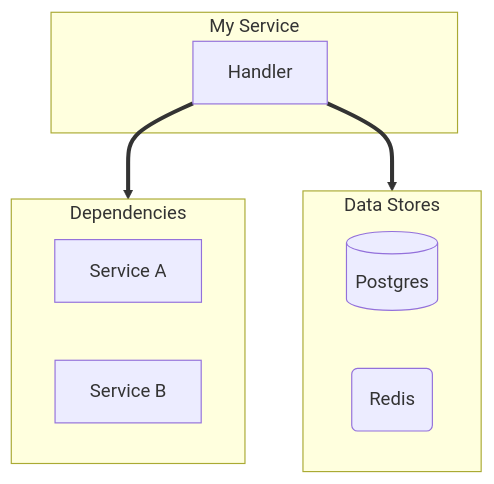
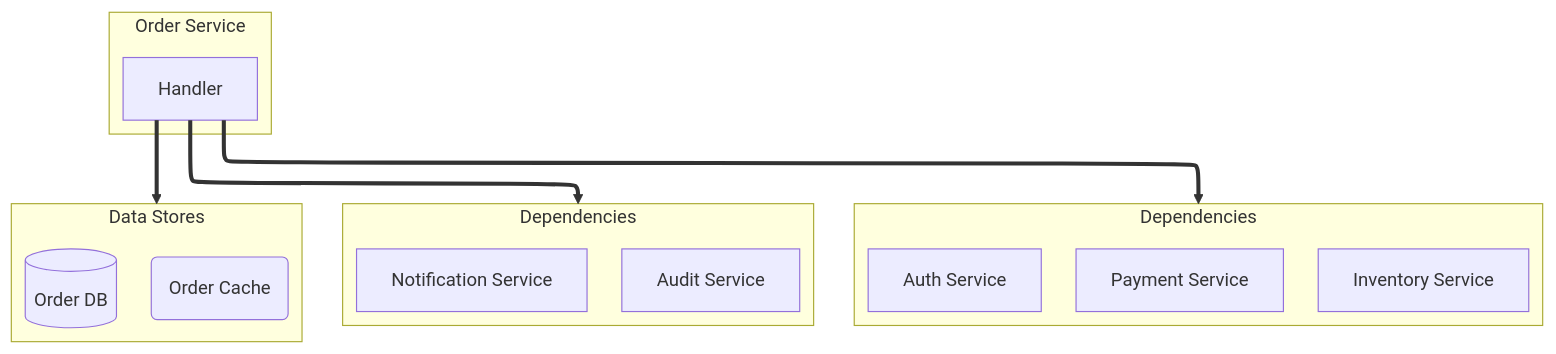
Before and after one commit to selimabeniacar/gemini-skills: the first of 2 diagrams in prompts/phase2-generation.md, drawn with Mermaid. The commit also changed other lines of this file and 2 other files, not shown here.

````diff
--- a/prompts/phase2-generation.md
+++ b/prompts/phase2-generation.md
@@ -200,21 +165,27 @@
 ```mermaid
+%%{init: {"flowchart": {"defaultRenderer": "elk"}} }%%
 flowchart TD
-    subgraph target ["My Service"]
+    subgraph target ["Order Service"]
         T1[Handler]
     end
 
-    subgraph deps ["Dependencies"]
-        direction LR
-        D1[Service A]
-        D2[Service B]
+    subgraph deps1 ["Dependencies"]
+        D1[Payment Service]
+        D2[Inventory Service]
+        D3[Auth Service]
+    end
+
+    subgraph deps2 ["Dependencies"]
+        D4[Notification Service]
+        D5[Audit Service]
     end
 
     subgraph data ["Data Stores"]
-        direction LR
-        DB1[(Postgres)]
-        C1(Redis)
+        DB1[(Order DB)]
+        C1(Order Cache)
     end
 
-    T1 ==> deps
+    T1 ==> deps1
+    T1 ==> deps2
     T1 ==> data
 ```
````
